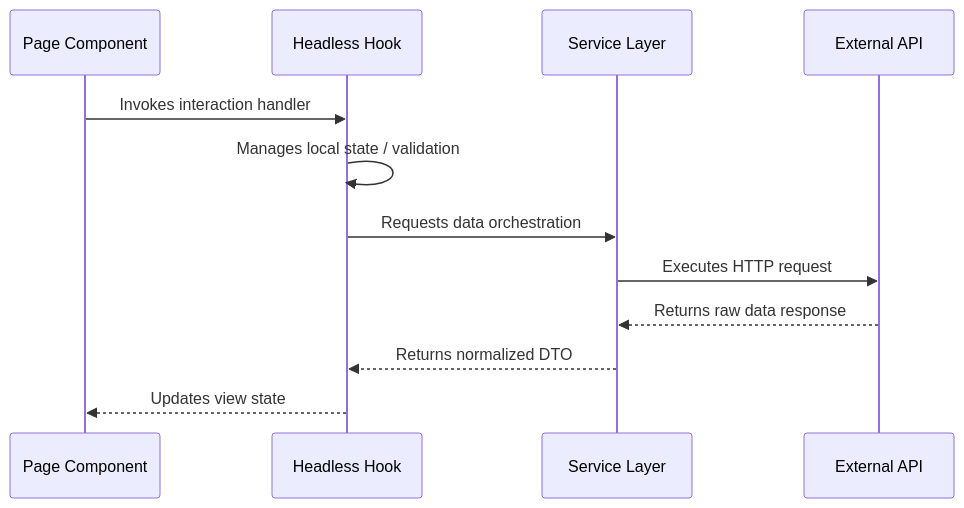
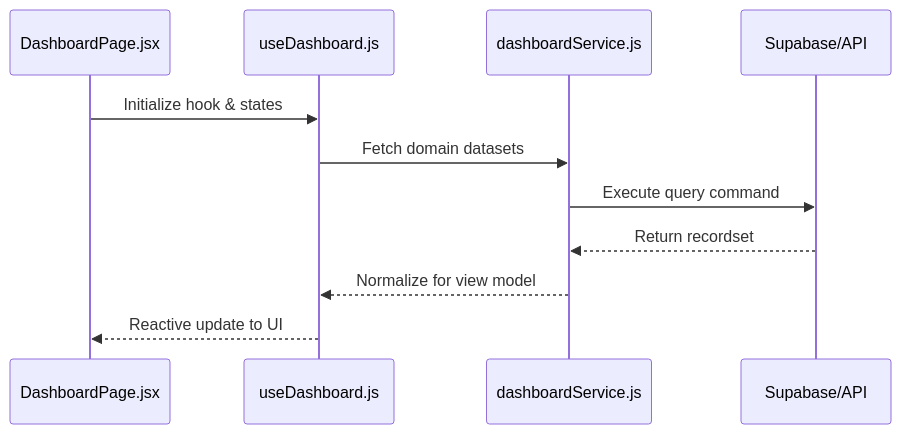
The first of 2 diagrams in src/features/dashboard/README.md (nexowebai/nexo-superadmin), drawn with Mermaid before and after one commit. The commit also changed other lines of this file and 17 other files, not shown here.

Commit message:
chore: implement automated technical documentation engine and standardize feature architecture files

````diff
--- a/src/features/dashboard/README.md
+++ b/src/features/dashboard/README.md
@@ -12,15 +12,14 @@
 ```mermaid
 sequenceDiagram
-    participant UI as Page Component
-    participant Hook as Headless Hook
-    participant Service as Service Layer
-    participant API as External API
+    participant P as DashboardPage.jsx
+    participant H as useDashboard.js
+    participant S as dashboardService.js
+    participant API as Supabase/API
 
-    UI->>Hook: Invokes interaction handler
-    Hook->>Hook: Manages local state / validation
-    Hook->>Service: Requests data orchestration
-    Service->>API: Executes HTTP request
-    API-->>Service: Returns raw data response
-    Service-->>Hook: Returns normalized DTO
-    Hook-->>UI: Updates view state
+    P->>H: Initialize hook & states
+    H->>S: Fetch domain datasets
+    S->>API: Execute query command
+    API-->>S: Return recordset
+    S-->>H: Normalize for view model
+    H-->>P: Reactive update to UI
 ```
````
